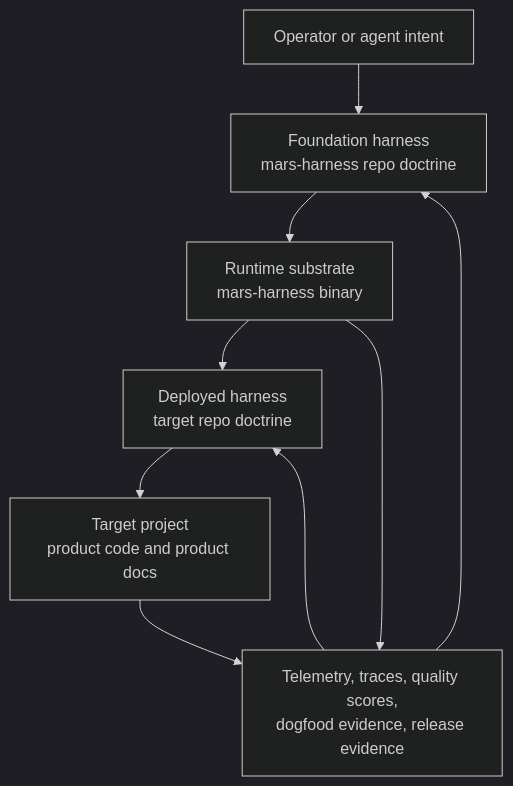
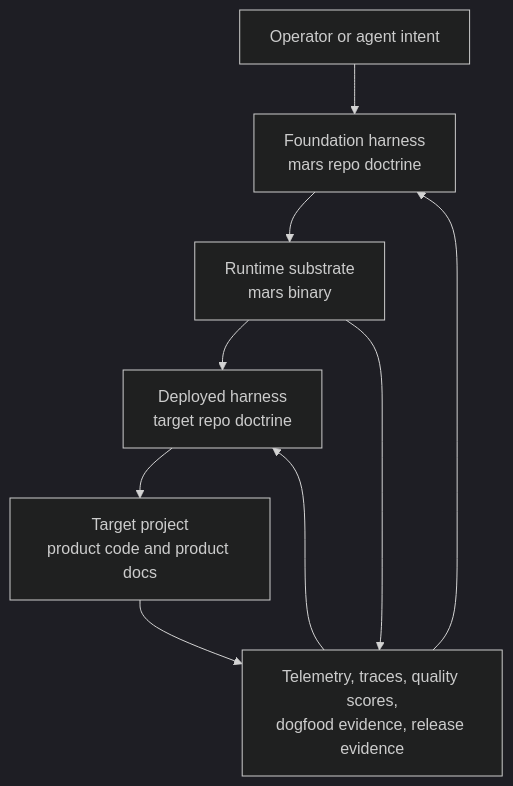
The diagram in docs/design-docs/foundation-deployed-harness-architecture.md (greaveselliott/MARS), drawn with Mermaid (dark theme) before and after one commit. The commit also changed other lines of this file and 394 other files, not shown here.

````diff
--- a/docs/design-docs/foundation-deployed-harness-architecture.md
+++ b/docs/design-docs/foundation-deployed-harness-architecture.md
@@ -61,18 +61,18 @@
 ```mermaid
 flowchart TB
     Operator["Operator or agent intent"]
-    Foundation["Foundation harness\nmars-harness repo doctrine"]
-    Runtime["Runtime substrate\nmars-harness binary"]
+    Foundation["Foundation harness\nmars repo doctrine"]
+    Runtime["Runtime substrate\nmars binary"]
     Deployed["Deployed harness\ntarget repo doctrine"]
     Target["Target project\nproduct code and product docs"]
     Telemetry["Telemetry, traces, quality scores,\ndogfood evidence, release evidence"]
 
     Operator --> Foundation
     Foundation --> Runtime
     Runtime --> Deployed
     Deployed --> Target
     Runtime --> Telemetry
     Target --> Telemetry
     Telemetry --> Foundation
     Telemetry --> Deployed
 ```
````
